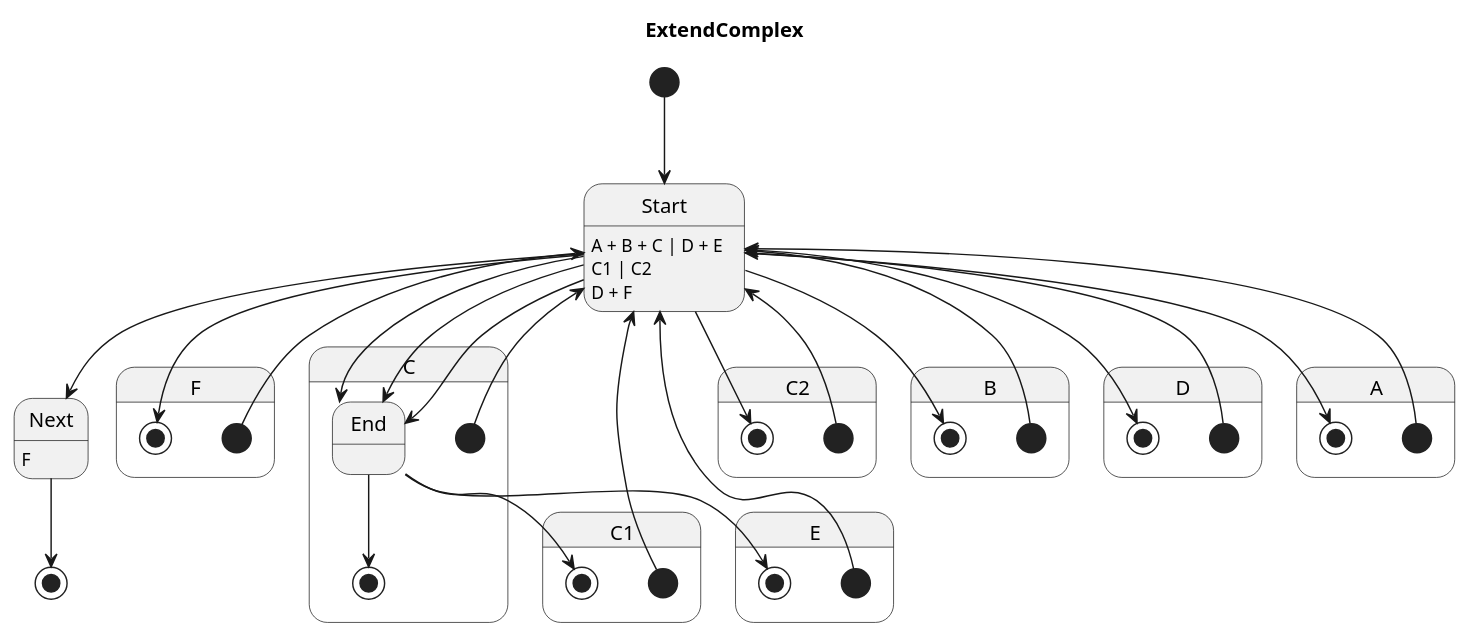
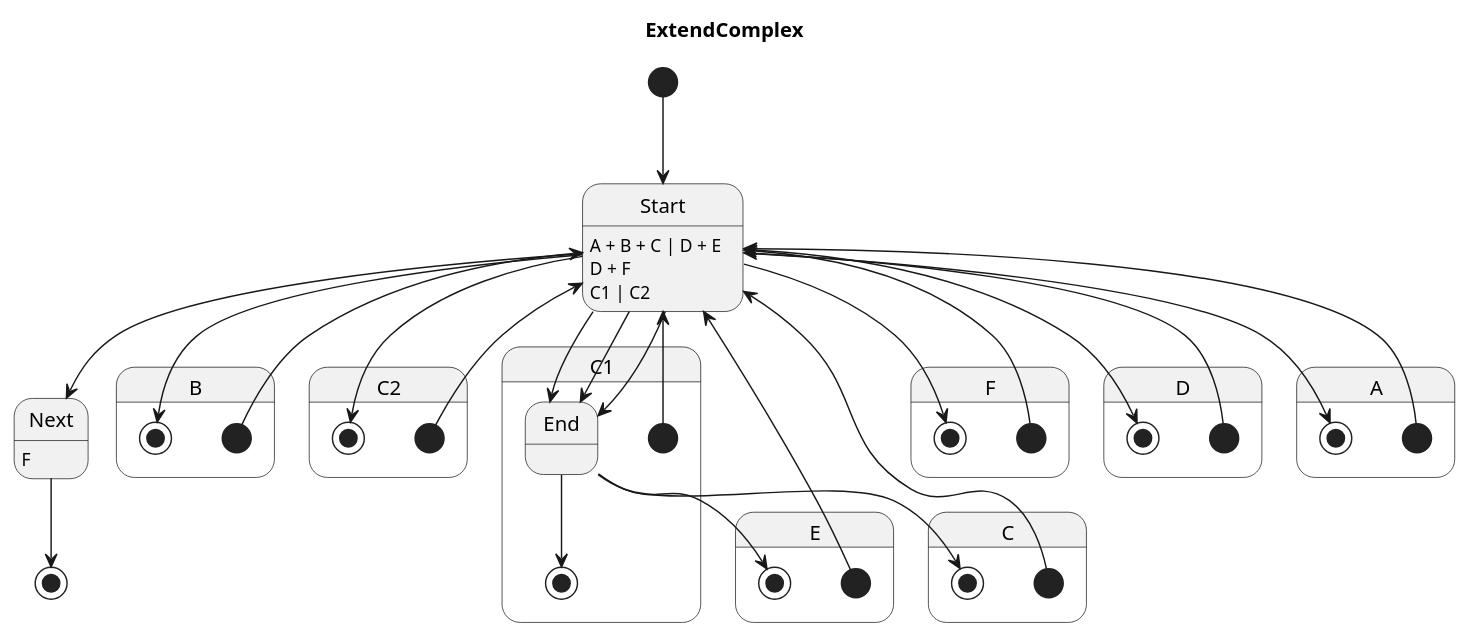
One commit to Pastor/Takt changed the diagram in examples/generated/plantuml/extend_complex.puml. Above: the diagram before and after it, drawn with PlantUML. The commit also changed other lines of this file and 28 other files, not shown here.

```diff
--- a/examples/generated/plantuml/extend_complex.puml
+++ b/examples/generated/plantuml/extend_complex.puml
@@ -1,55 +1,55 @@
 @startuml
 title ExtendComplex
 
 [*] --> Start
 Start : A + B + C | D + E
 Start --> Next
 Next : F
 Next --> [*]
 
+state B {
+    [*] --> Start
+    Start --> [*]
+}
+
+state C2 {
+    [*] --> Start
+    Start --> [*]
+}
+
+state C1 {
+    [*] --> Start
+    Start --> End
+    End --> [*]
+}
+
 state F {
     [*] --> Start
     Start --> [*]
+}
+
+state E {
+    [*] --> Start
+    Start : D + F
+    Start --> End
+    End --> [*]
 }
 
 state C {
     [*] --> Start
     End --> [*]
     Start : C1 | C2
     Start --> End
 }
 
-state C1 {
-    [*] --> Start
-    End --> [*]
-    Start --> End
-}
-
-state C2 {
-    [*] --> Start
-    Start --> [*]
-}
-
-state B {
-    [*] --> Start
-    Start --> [*]
-}
-
 state D {
     [*] --> Start
     Start --> [*]
-}
-
-state E {
-    [*] --> Start
-    End --> [*]
-    Start : D + F
-    Start --> End
 }
 
 state A {
     [*] --> Start
     Start --> [*]
 }
 
 @enduml
```
